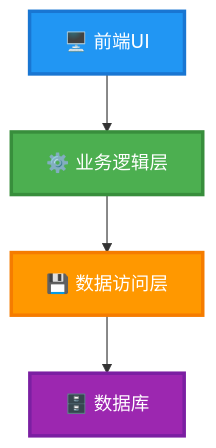
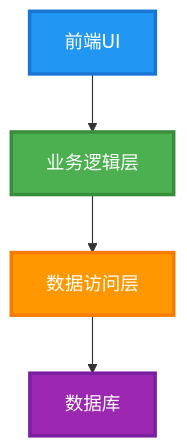
One commit to zengxiaolou/Interactive-Feedback-MCP changed the sixth of 11 diagrams in cursor_rules_v8.1.md. Above: the diagram before and after it, drawn with Mermaid. The commit also changed other lines of this file, not shown here.

````diff
--- a/cursor_rules_v8.1.md
+++ b/cursor_rules_v8.1.md
@@ -366,16 +504,16 @@
 ```mermaid
 graph TD
-    A["🖥️ 前端UI"] --> B["⚙️ 业务逻辑层"]
-    B --> C["💾 数据访问层"]
-    C --> D["🗄️ 数据库"]
+    A[" 前端UI"] --> B[" 业务逻辑层"]
+    B --> C[" 数据访问层"]
+    C --> D[" 数据库"]
     
     classDef frontend fill:#2196F3,stroke:#1976D2,stroke-width:3px,color:#FFFFFF
     classDef business fill:#4CAF50,stroke:#388E3C,stroke-width:3px,color:#FFFFFF
     classDef data fill:#FF9800,stroke:#F57C00,stroke-width:3px,color:#FFFFFF
     classDef storage fill:#9C27B0,stroke:#7B1FA2,stroke-width:3px,color:#FFFFFF
     
     class A frontend
     class B business
     class C data
     class D storage
 ```
````
